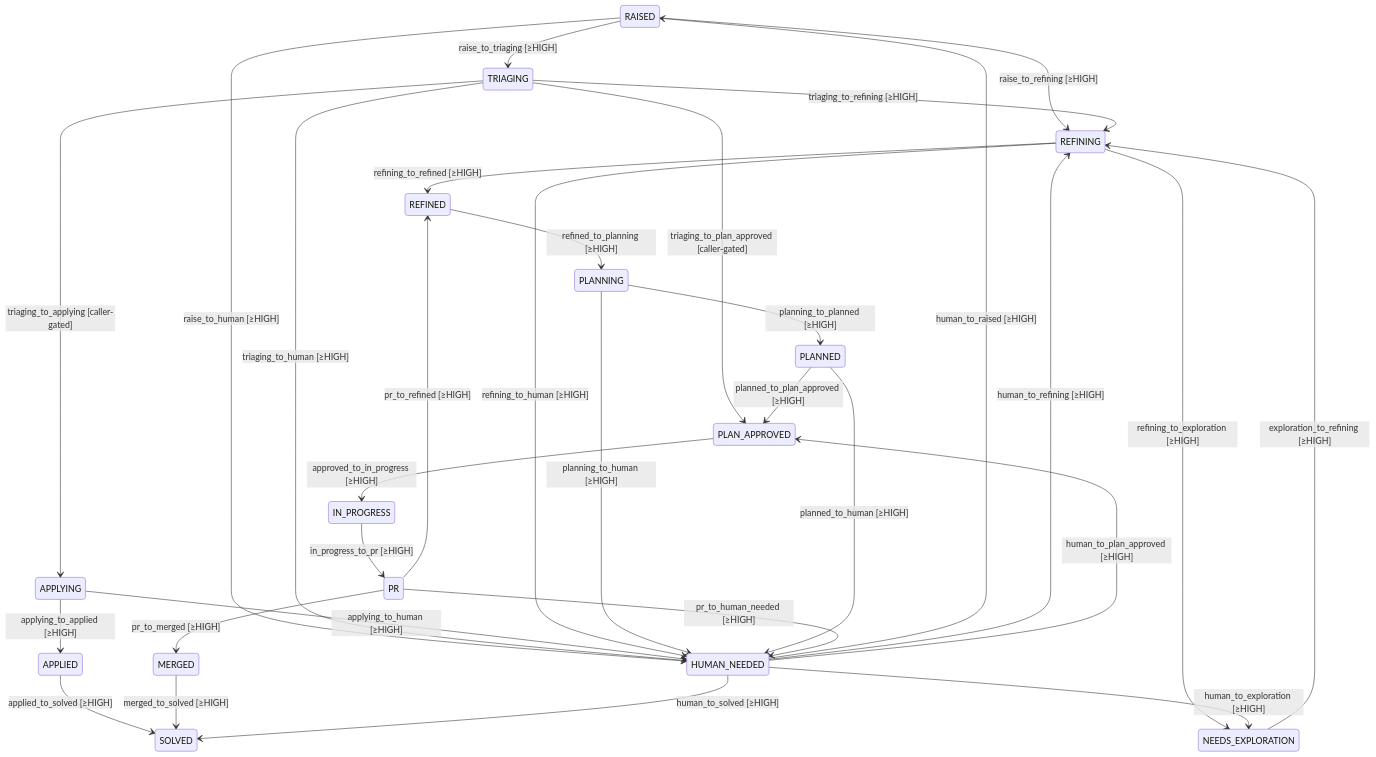
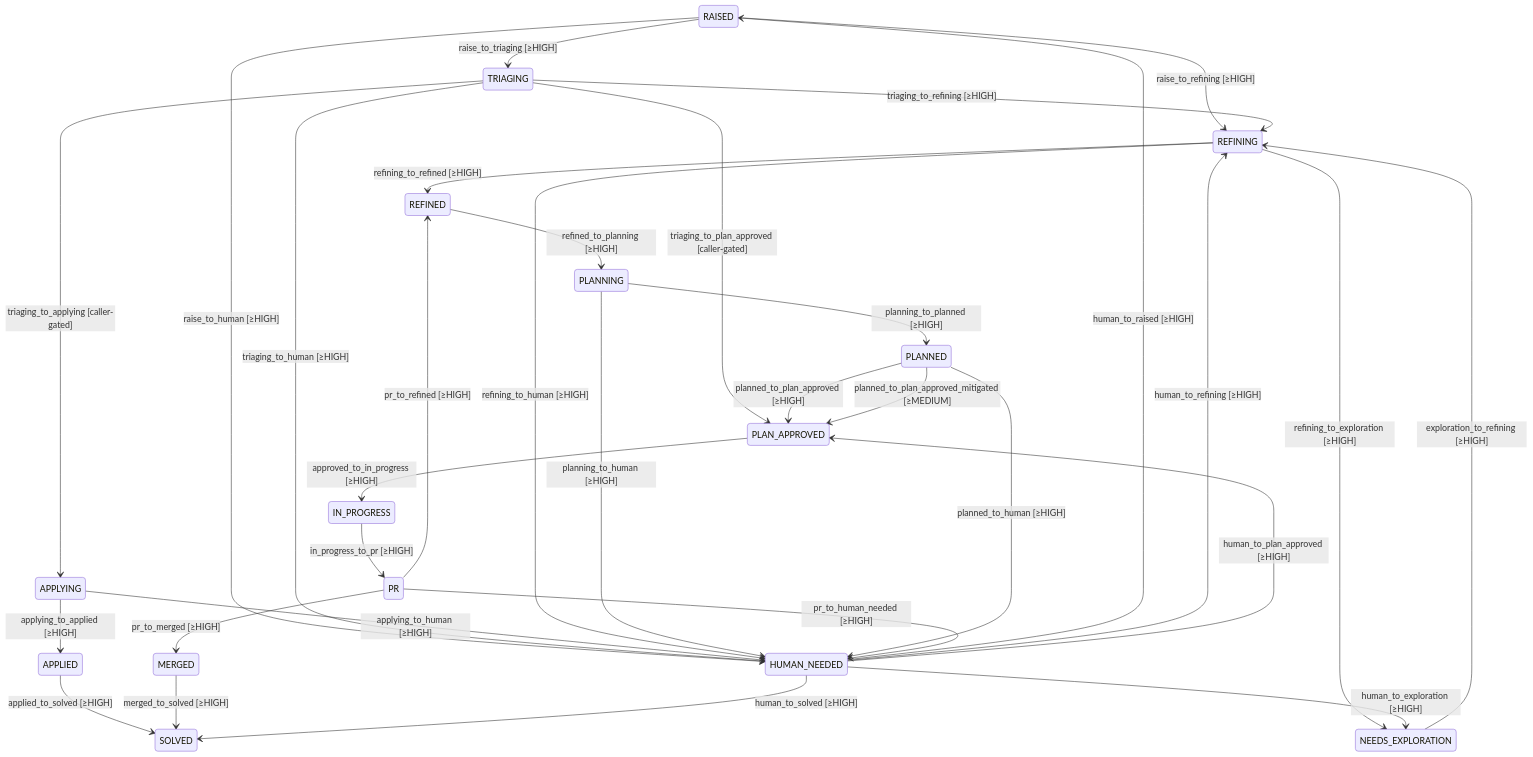
The first of 2 diagrams in docs/fsm.md (damien-robotsix/robotsix-cai), drawn with Mermaid before and after one commit.

Commit message:
chore: auto-regenerate generated docs

````diff
--- a/docs/fsm.md
+++ b/docs/fsm.md
@@ -15,33 +15,34 @@
 ```mermaid
 stateDiagram-v2
     RAISED --> REFINING : raise_to_refining [≥HIGH]
     RAISED --> HUMAN_NEEDED : raise_to_human [≥HIGH]
     RAISED --> TRIAGING : raise_to_triaging [≥HIGH]
     TRIAGING --> REFINING : triaging_to_refining [≥HIGH]
     TRIAGING --> HUMAN_NEEDED : triaging_to_human [≥HIGH]
     TRIAGING --> PLAN_APPROVED : triaging_to_plan_approved [caller-gated]
     TRIAGING --> APPLYING : triaging_to_applying [caller-gated]
     APPLYING --> APPLIED : applying_to_applied [≥HIGH]
     APPLYING --> HUMAN_NEEDED : applying_to_human [≥HIGH]
     APPLIED --> SOLVED : applied_to_solved [≥HIGH]
     REFINING --> REFINED : refining_to_refined [≥HIGH]
     REFINING --> NEEDS_EXPLORATION : refining_to_exploration [≥HIGH]
     REFINING --> HUMAN_NEEDED : refining_to_human [≥HIGH]
     NEEDS_EXPLORATION --> REFINING : exploration_to_refining [≥HIGH]
     REFINED --> PLANNING : refined_to_planning [≥HIGH]
     PLANNING --> PLANNED : planning_to_planned [≥HIGH]
     PLANNING --> HUMAN_NEEDED : planning_to_human [≥HIGH]
     PLANNED --> PLAN_APPROVED : planned_to_plan_approved [≥HIGH]
+    PLANNED --> PLAN_APPROVED : planned_to_plan_approved_mitigated [≥MEDIUM]
     PLANNED --> HUMAN_NEEDED : planned_to_human [≥HIGH]
     PLAN_APPROVED --> IN_PROGRESS : approved_to_in_progress [≥HIGH]
     IN_PROGRESS --> PR : in_progress_to_pr [≥HIGH]
     PR --> MERGED : pr_to_merged [≥HIGH]
     PR --> REFINED : pr_to_refined [≥HIGH]
     PR --> HUMAN_NEEDED : pr_to_human_needed [≥HIGH]
     MERGED --> SOLVED : merged_to_solved [≥HIGH]
     HUMAN_NEEDED --> RAISED : human_to_raised [≥HIGH]
     HUMAN_NEEDED --> REFINING : human_to_refining [≥HIGH]
     HUMAN_NEEDED --> PLAN_APPROVED : human_to_plan_approved [≥HIGH]
     HUMAN_NEEDED --> NEEDS_EXPLORATION : human_to_exploration [≥HIGH]
     HUMAN_NEEDED --> SOLVED : human_to_solved [≥HIGH]
 ```
````
